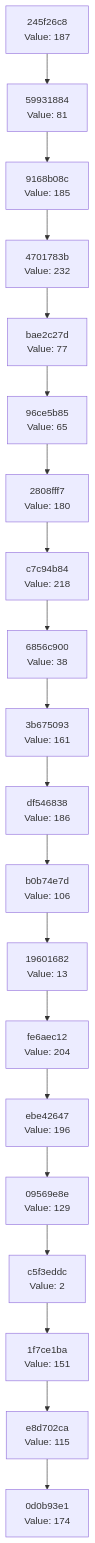
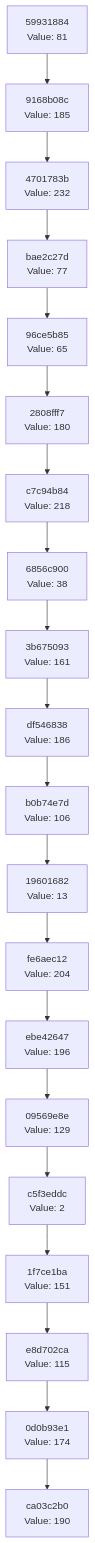
Before and after one commit to Abhisheksinha1506/hash-chain-evolver: the diagram in docs/CHAIN_VISUALIZATION.md, drawn with Mermaid. The commit also changed 3 other files, not shown here.

````diff
--- a/docs/CHAIN_VISUALIZATION.md
+++ b/docs/CHAIN_VISUALIZATION.md
@@ -3,42 +3,42 @@
 ```mermaid
 graph TD
-    C0["0d0b93e1<br/>Value: 174"]
-    C1["e8d702ca<br/>Value: 115"]
+    C0["ca03c2b0<br/>Value: 190"]
+    C1["0d0b93e1<br/>Value: 174"]
     C1 --> C0
-    C2["1f7ce1ba<br/>Value: 151"]
+    C2["e8d702ca<br/>Value: 115"]
     C2 --> C1
-    C3["c5f3eddc<br/>Value: 2"]
+    C3["1f7ce1ba<br/>Value: 151"]
     C3 --> C2
-    C4["09569e8e<br/>Value: 129"]
+    C4["c5f3eddc<br/>Value: 2"]
     C4 --> C3
-    C5["ebe42647<br/>Value: 196"]
+    C5["09569e8e<br/>Value: 129"]
     C5 --> C4
-    C6["fe6aec12<br/>Value: 204"]
+    C6["ebe42647<br/>Value: 196"]
     C6 --> C5
-    C7["19601682<br/>Value: 13"]
+    C7["fe6aec12<br/>Value: 204"]
     C7 --> C6
-    C8["b0b74e7d<br/>Value: 106"]
+    C8["19601682<br/>Value: 13"]
     C8 --> C7
-    C9["df546838<br/>Value: 186"]
+    C9["b0b74e7d<br/>Value: 106"]
     C9 --> C8
-    C10["3b675093<br/>Value: 161"]
+    C10["df546838<br/>Value: 186"]
     C10 --> C9
-    C11["6856c900<br/>Value: 38"]
+    C11["3b675093<br/>Value: 161"]
     C11 --> C10
-    C12["c7c94b84<br/>Value: 218"]
+    C12["6856c900<br/>Value: 38"]
     C12 --> C11
-    C13["2808fff7<br/>Value: 180"]
+    C13["c7c94b84<br/>Value: 218"]
     C13 --> C12
-    C14["96ce5b85<br/>Value: 65"]
+    C14["2808fff7<br/>Value: 180"]
     C14 --> C13
-    C15["bae2c27d<br/>Value: 77"]
+    C15["96ce5b85<br/>Value: 65"]
     C15 --> C14
-    C16["4701783b<br/>Value: 232"]
+    C16["bae2c27d<br/>Value: 77"]
     C16 --> C15
-    C17["9168b08c<br/>Value: 185"]
+    C17["4701783b<br/>Value: 232"]
     C17 --> C16
-    C18["59931884<br/>Value: 81"]
+    C18["9168b08c<br/>Value: 185"]
     C18 --> C17
-    C19["245f26c8<br/>Value: 187"]
+    C19["59931884<br/>Value: 81"]
     C19 --> C18
 ```
````
